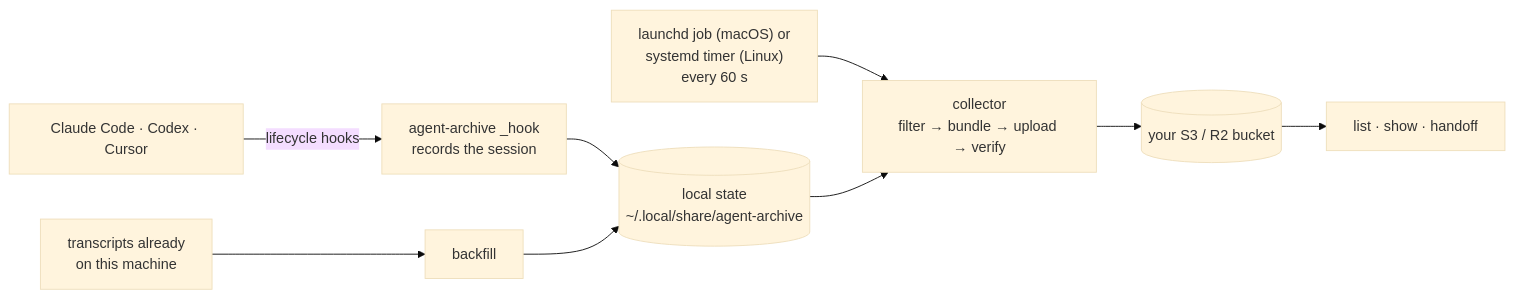
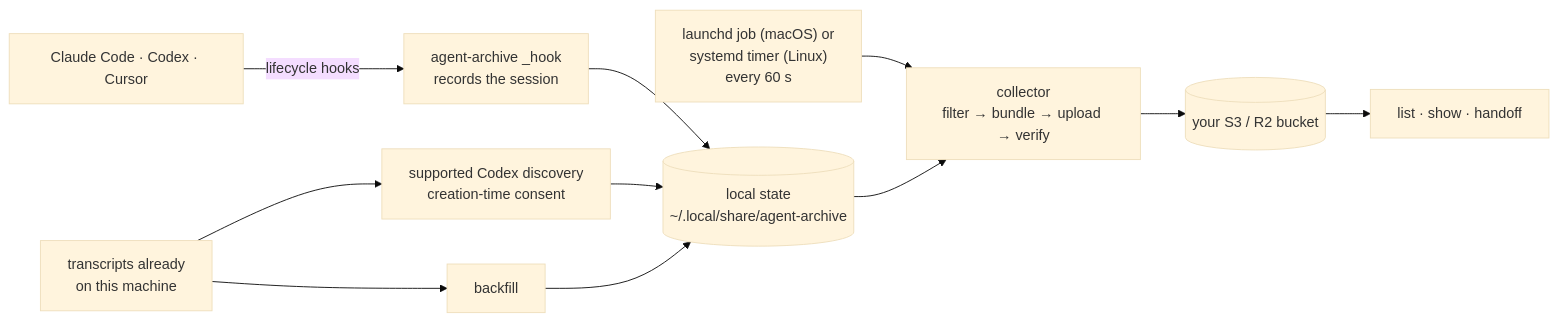
The diagram in README.md (wangjohn/agent-archive), drawn with Mermaid (base theme) before and after one commit. The commit also changed other lines of this file and 132 other files, not shown here.

Commit message:
Activate Codex discovery with explicit blanket consent and clear setup/status UX

````diff
--- a/README.md
+++ b/README.md
@@ -56,10 +56,11 @@
 ```mermaid
 flowchart LR
   A["Claude Code · Codex · Cursor"] -- "lifecycle hooks" --> H["agent-archive _hook<br/>records the session"]
   H --> S[("local state<br/>~/.local/share/agent-archive")]
   L["launchd job (macOS) or<br/>systemd timer (Linux)<br/>every 60 s"] --> C["collector<br/>filter → bundle → upload → verify"]
   S --> C
+  T --> D["supported Codex discovery<br/>creation-time consent"] --> S
   C --> B[("your S3 / R2 bucket")]
   B --> R["list · show · handoff"]
   T["transcripts already<br/>on this machine"] --> BF["backfill"] --> S
 ```
````
